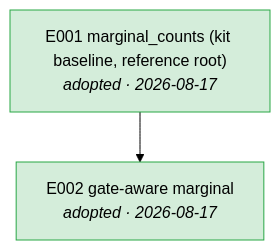
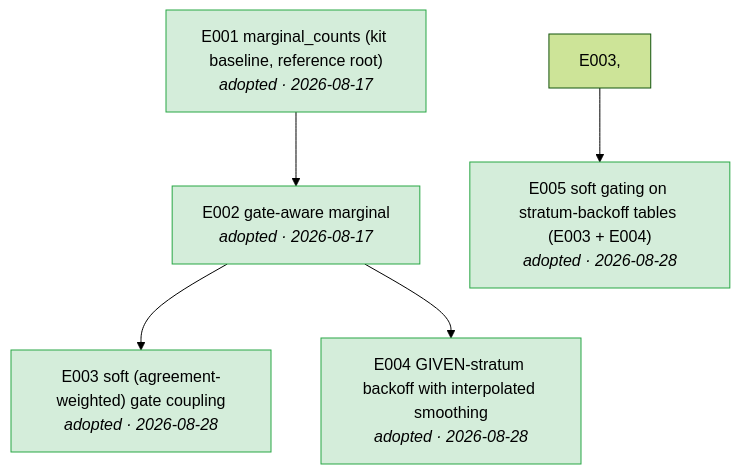
Before and after one commit to joon56/Simulacrabench-NeurIPS-2026-: the diagram in docs/tree.md, drawn with Mermaid (forest theme). The commit also changed 13 other files, not shown here.

First line of the commit message:
E003+E004+E005: stratum backoff, soft gating, composed submission

````diff
--- a/docs/tree.md
+++ b/docs/tree.md
@@ -5,8 +5,14 @@
 ```mermaid
 flowchart TD
     E001["E001 marginal_counts (kit baseline, reference root)<br/><i>adopted · 2026-08-17</i>"]
     E002["E002 gate-aware marginal<br/><i>adopted · 2026-08-17</i>"]
     E001 --> E002
+    E003["E003 soft (agreement-weighted) gate coupling<br/><i>adopted · 2026-08-28</i>"]
+    E002 --> E003
+    E004["E004 GIVEN-stratum backoff with interpolated smoothing<br/><i>adopted · 2026-08-28</i>"]
+    E002 --> E004
+    E005["E005 soft gating on stratum-backoff tables (E003 + E004)<br/><i>adopted · 2026-08-28</i>"]
+    E003, --> E005
     classDef adopted fill:#d4edda,stroke:#28a745
-    class E001,E002 adopted
+    class E001,E002,E003,E004,E005 adopted
 ```
````
